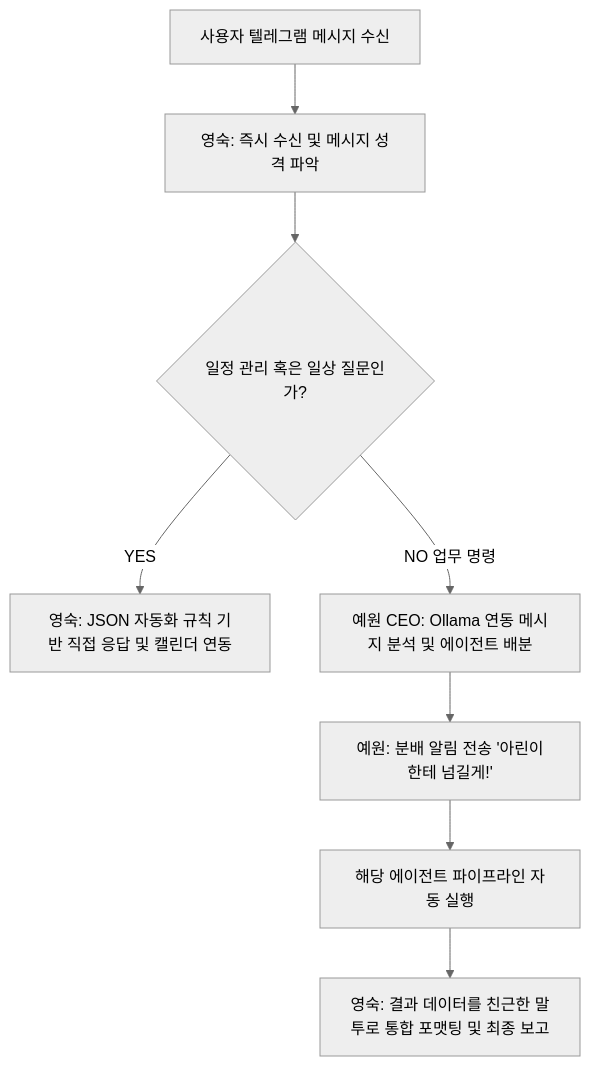
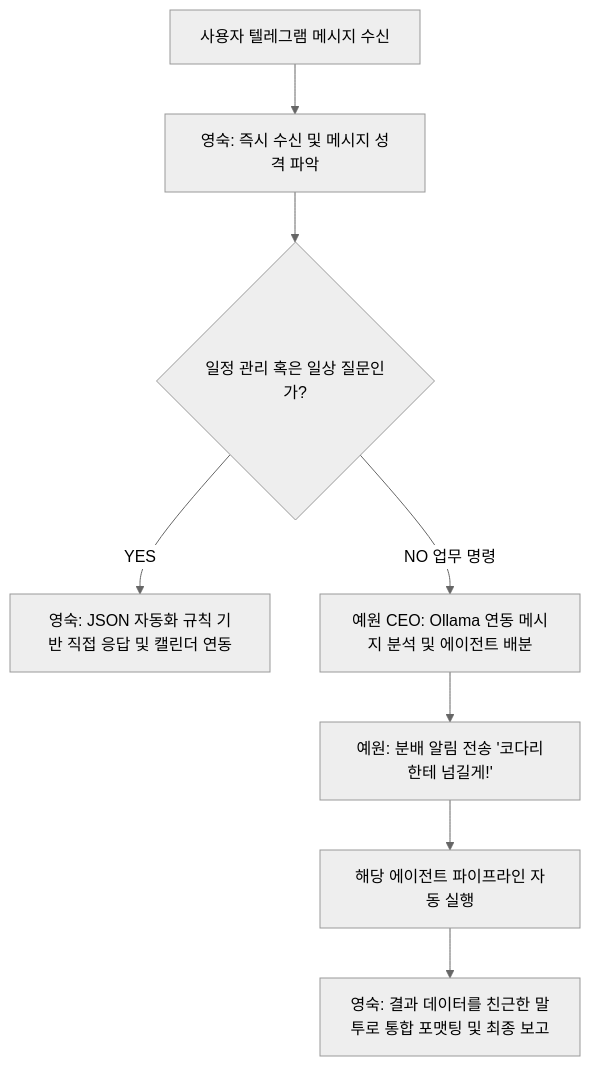
One commit to crossx362-commits/ai_lab changed the first of 2 diagrams in projects/ai-team/skills/영숙_비서/SKILL.md. Above: the diagram before and after it, drawn with Mermaid (neutral theme). The commit also changed other lines of this file and 11 other files, not shown here.

````diff
--- a/projects/ai-team/skills/영숙_비서/SKILL.md
+++ b/projects/ai-team/skills/영숙_비서/SKILL.md
@@ -71,10 +71,10 @@
 ```mermaid
 graph TD
     A[사용자 텔레그램 메시지 수신] --> B[영숙: 즉시 수신 및 메시지 성격 파악]
     B --> C{일정 관리 혹은 일상 질문인가?}
     C -- YES --> D[영숙: JSON 자동화 규칙 기반 직접 응답 및 캘린더 연동]
     C -- NO 업무 명령 --> E[예원 CEO: Ollama 연동 메시지 분석 및 에이전트 배분]
-    E --> F[예원: 분배 알림 전송 '아린이한테 넘길게!']
+    E --> F[예원: 분배 알림 전송 '코다리한테 넘길게!']
     F --> G[해당 에이전트 파이프라인 자동 실행]
     G --> H[영숙: 결과 데이터를 친근한 말투로 통합 포맷팅 및 최종 보고]
 ```
````
